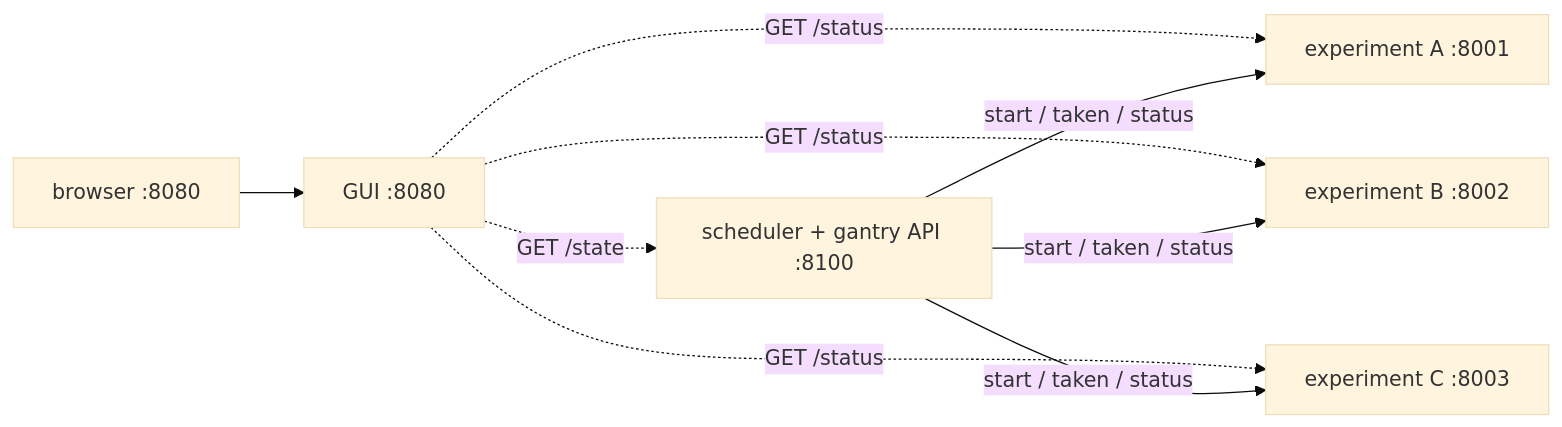
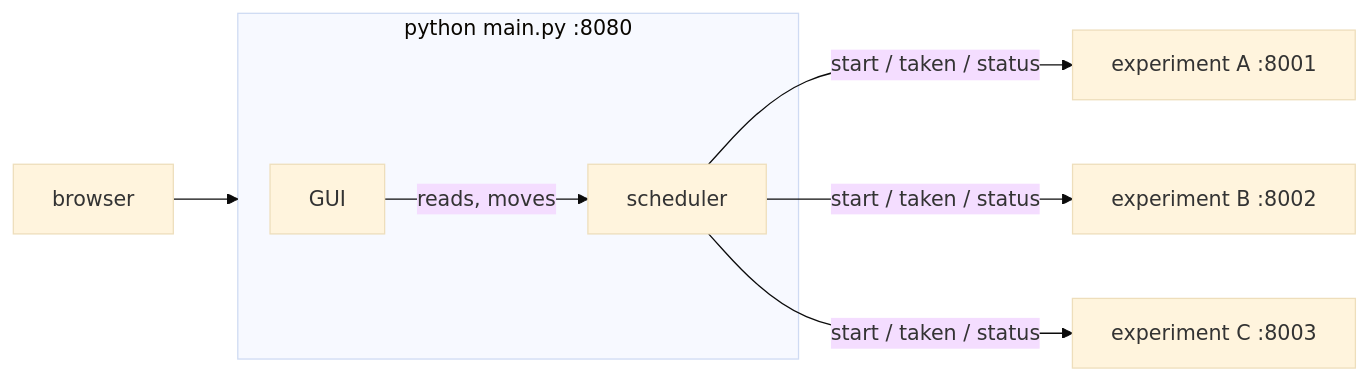
One commit to henrybon806/gantry-manager changed the diagram in README.md. Above: the diagram before and after it, drawn with Mermaid (base theme). The commit also changed other lines of this file and 5 other files, not shown here.

First line of the commit message:
GUI reads the scheduler directly; one server on one port

````diff
--- a/README.md
+++ b/README.md
@@ -95,11 +95,10 @@
 ```mermaid
 flowchart LR
-	Browser[browser :8080] --> GUI
-	GUI[GUI :8080] -. GET /state .-> Gantry[scheduler + gantry API :8100]
-	GUI -. GET /status .-> A
-	GUI -. GET /status .-> B
-	GUI -. GET /status .-> C
-	Gantry -- start / taken / status --> A[experiment A :8001]
-	Gantry -- start / taken / status --> B[experiment B :8002]
-	Gantry -- start / taken / status --> C[experiment C :8003]
+	Browser[browser] --> Main
+	subgraph Main[python main.py :8080]
+		GUI[GUI] -- reads, moves --> Scheduler[scheduler]
+	end
+	Scheduler -- start / taken / status --> A[experiment A :8001]
+	Scheduler -- start / taken / status --> B[experiment B :8002]
+	Scheduler -- start / taken / status --> C[experiment C :8003]
 ```
````
